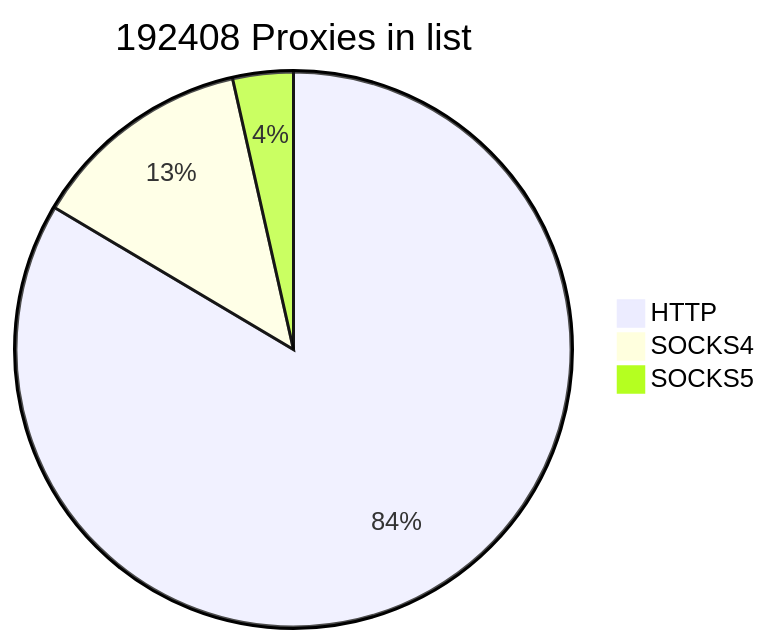
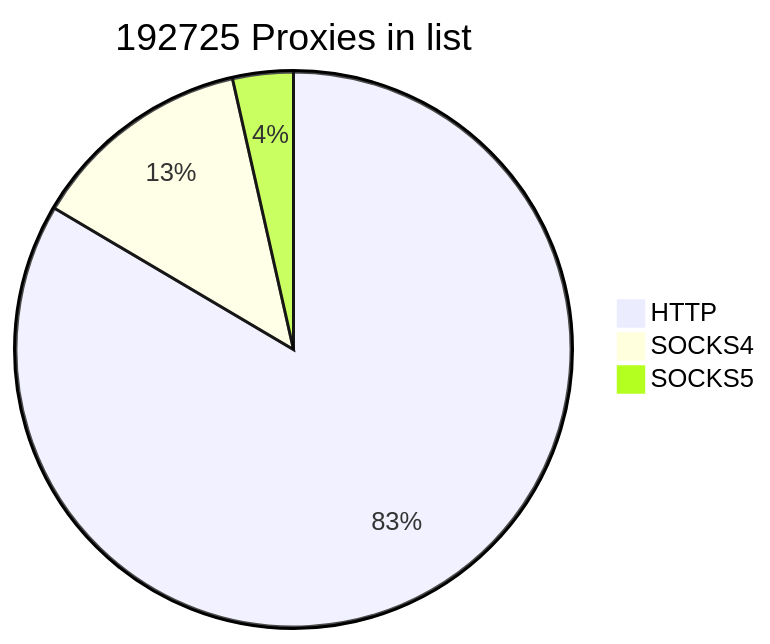
Before and after one commit to cutipu/proxylist: the first of 2 diagrams in README.md, drawn with Mermaid. The commit also changed other lines of this file, not shown here.

````diff
--- a/README.md
+++ b/README.md
@@ -2,7 +2,7 @@
 ```mermaid
-pie title 192408 Proxies in list
-    "HTTP" : 160724
-    "SOCKS4" : 24909
-    "SOCKS5" : 6775
+pie title 192725 Proxies in list
+    "HTTP" : 160914
+    "SOCKS4" : 25014
+    "SOCKS5" : 6797
             
 ```
````
